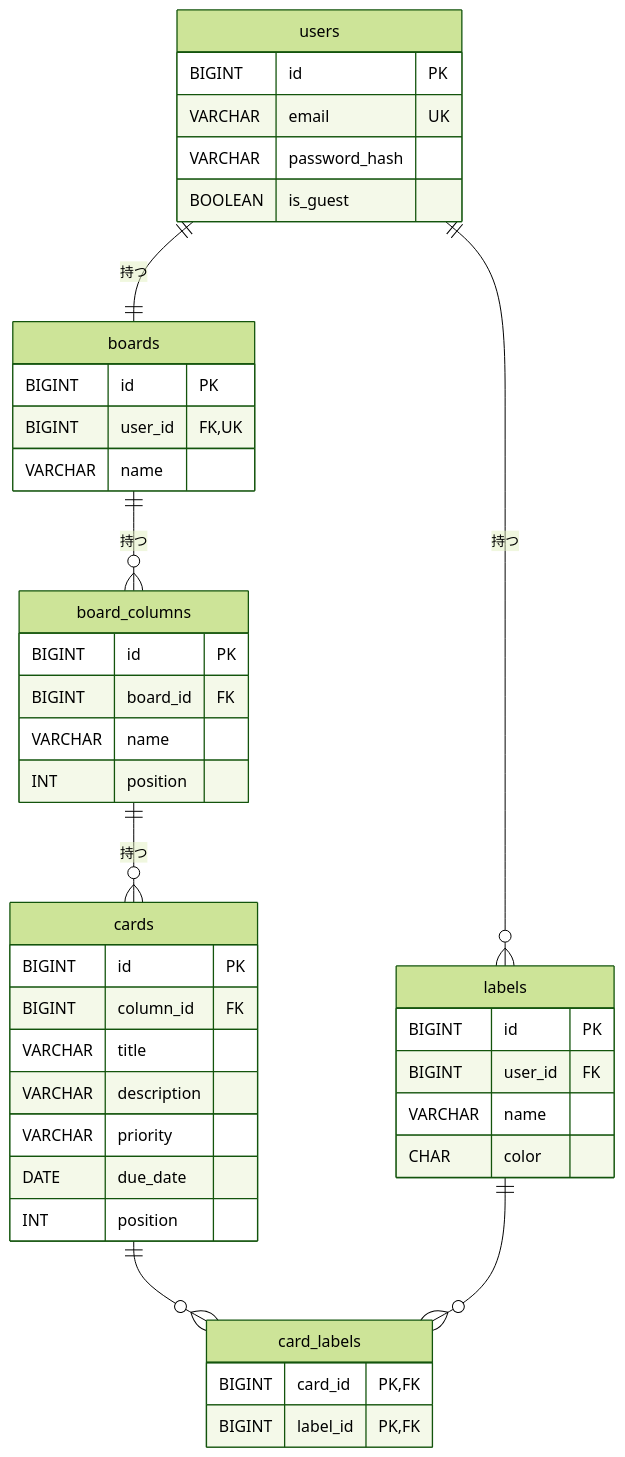
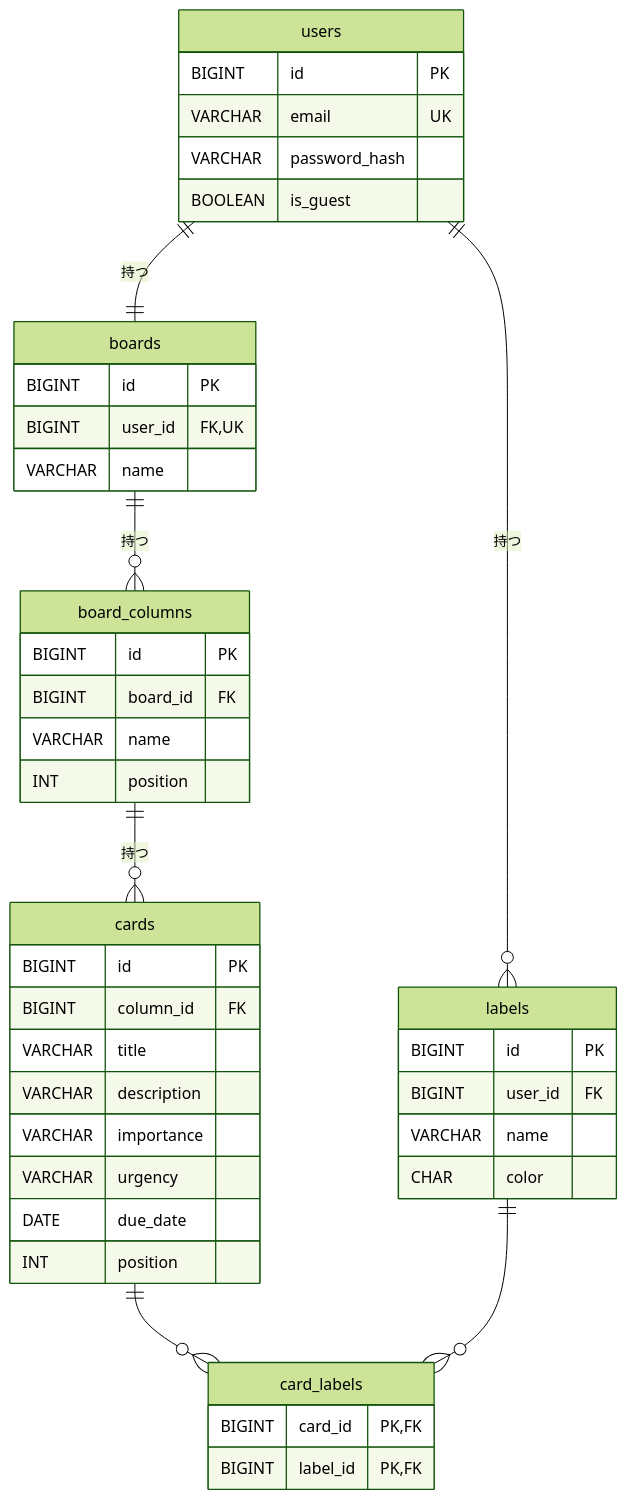
The diagram in docs/database-design.md (keiwebcreate/raise-tech-beginner-edition), drawn with Mermaid (forest theme) before and after one commit. The commit also changed other lines of this file and 5 other files, not shown here.

````diff
--- a/docs/database-design.md
+++ b/docs/database-design.md
@@ -30,46 +30,47 @@
 ```mermaid
 erDiagram
     users ||--|| boards : "持つ"
     users ||--o{ labels : "持つ"
     boards ||--o{ board_columns : "持つ"
     board_columns ||--o{ cards : "持つ"
     cards ||--o{ card_labels : ""
     labels ||--o{ card_labels : ""
 
     users {
         BIGINT id PK
         VARCHAR email UK
         VARCHAR password_hash
         BOOLEAN is_guest
     }
     boards {
         BIGINT id PK
         BIGINT user_id FK,UK
         VARCHAR name
     }
     board_columns {
         BIGINT id PK
         BIGINT board_id FK
         VARCHAR name
         INT position
     }
     cards {
         BIGINT id PK
         BIGINT column_id FK
         VARCHAR title
         VARCHAR description
-        VARCHAR priority
+        VARCHAR importance
+        VARCHAR urgency
         DATE due_date
         INT position
     }
     labels {
         BIGINT id PK
         BIGINT user_id FK
         VARCHAR name
         CHAR color
     }
     card_labels {
         BIGINT card_id PK,FK
         BIGINT label_id PK,FK
     }
 ```
````
